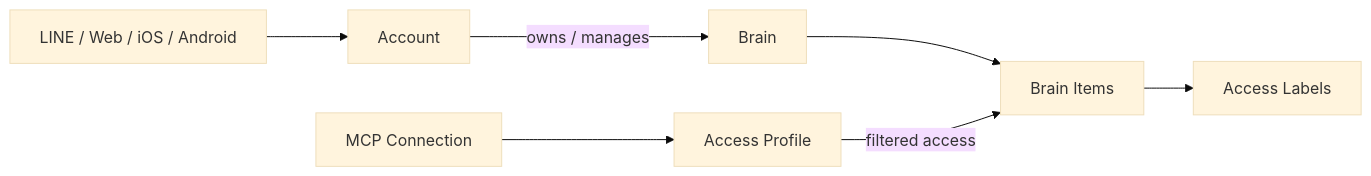
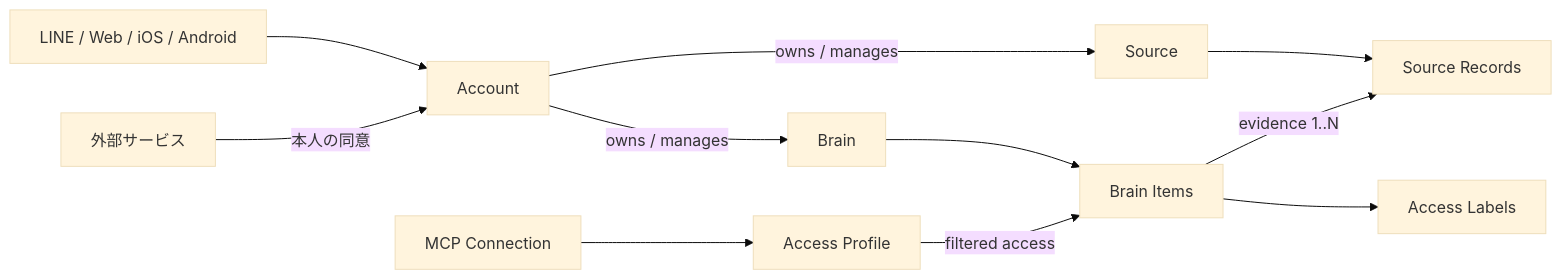
The diagram in docs/domain-design.md (kkyosuke/me-builder), drawn with Mermaid (base theme) before and after one commit. The commit also changed other lines of this file and 16 other files, not shown here.

````diff
--- a/docs/domain-design.md
+++ b/docs/domain-design.md
@@ -18,9 +21,13 @@
 ```mermaid
 flowchart LR
     UI[LINE / Web / iOS / Android] --> A[Account]
+    EXT[外部サービス] -->|本人の同意| A
+    A -->|owns / manages| S[Source]
     A -->|owns / manages| B[Brain]
+    S --> SR[Source Records]
     B --> I[Brain Items]
+    I -->|evidence 1..N| SR
     I --> L[Access Labels]
     MCP[MCP Connection] --> P[Access Profile]
     P -->|filtered access| I
 ```
````
